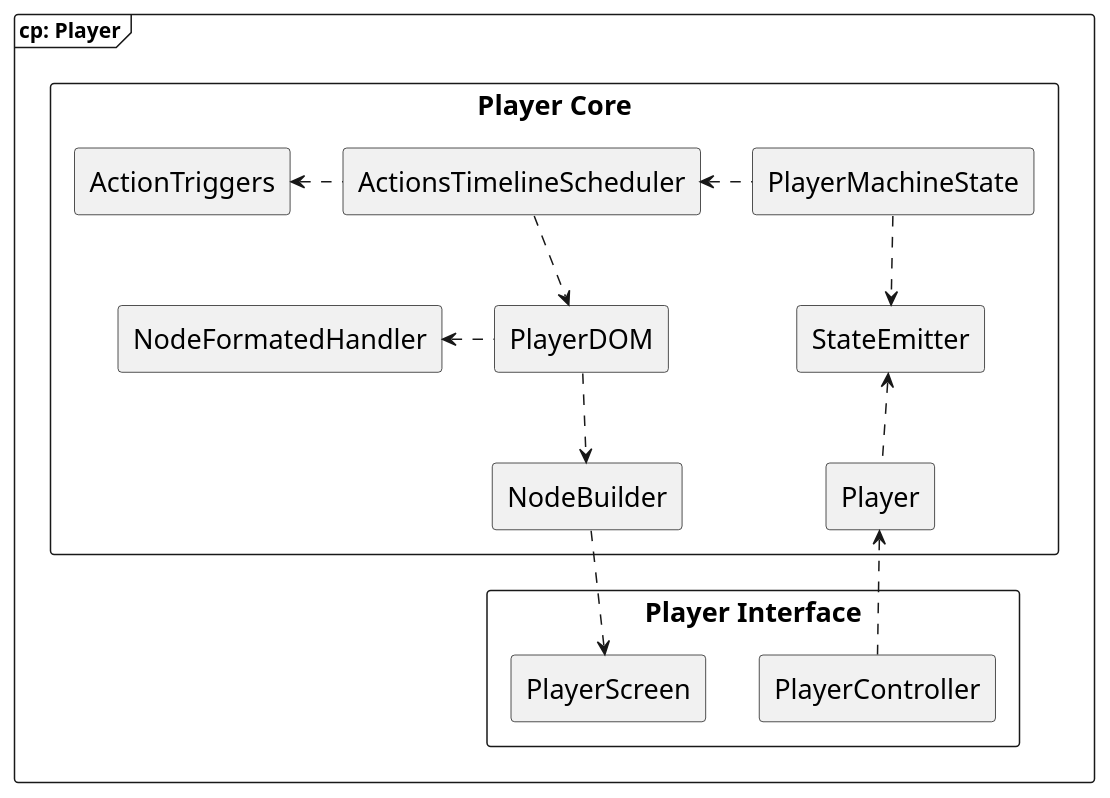
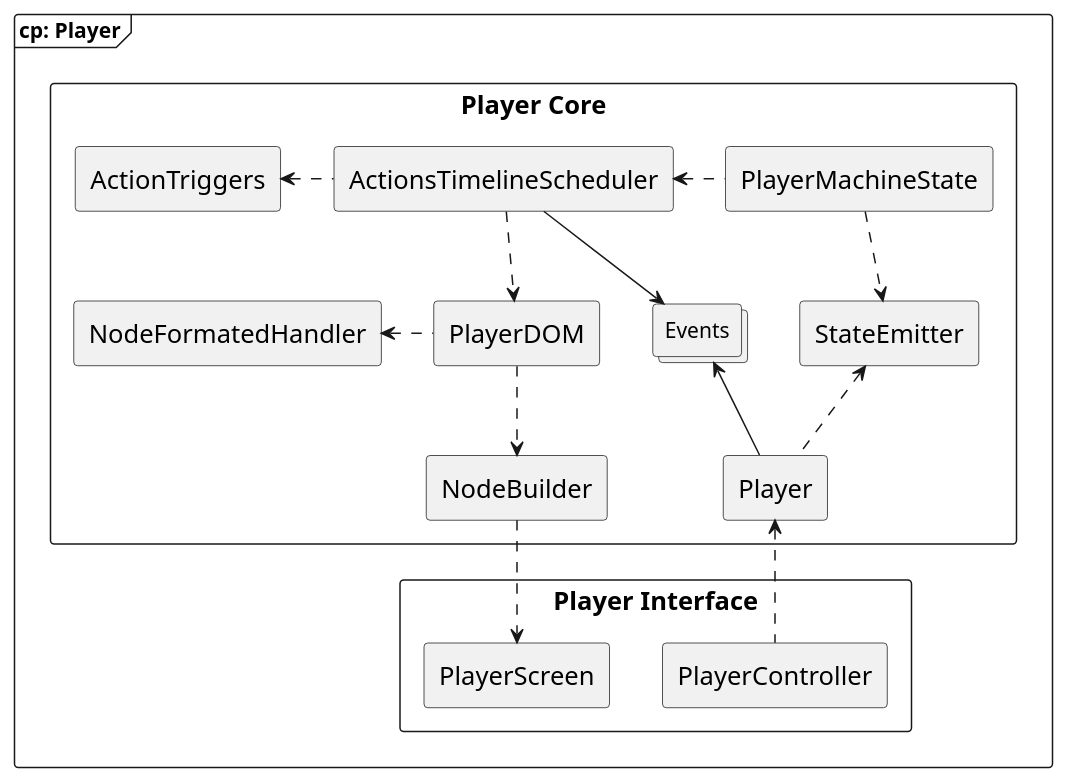
One commit to SSMM0498/arkad-conception changed the diagram in models/6.Component/2.player.puml. Above: the diagram before and after it, drawn with PlantUML. The commit also changed 2 other files, not shown here.

Commit message:
impl comp diag kast editor upd comp diag player : add events

```diff
--- a/models/6.Component/2.player.puml
+++ b/models/6.Component/2.player.puml
@@ -1,27 +1,30 @@
 @startuml "Player Component Diagram"
 skinparam shadowing false
 skinparam monochrome true
 skinparam componentStyle rectangle
 skinparam component {
-  FontSize 18
+  FontSize 17
 }
 
 frame "cp: Player" {
     component "Player Core" {
         [PlayerMachineState] .left.> [ActionsTimelineScheduler]
         [ActionsTimelineScheduler] .left.> [ActionTriggers]
         [Player] .up.> [StateEmitter]
         [StateEmitter] <.up. [PlayerMachineState]
         [ActionsTimelineScheduler] .down.> [PlayerDOM]
         [PlayerDOM] .down.> [NodeBuilder]
         [PlayerDOM] .left.> [NodeFormatedHandler]
+        collections Events
+        Player -up-> Events
+        ActionsTimelineScheduler -down-> Events
     }
 
     component "Player Interface" {
         [PlayerScreen]
         [PlayerController]
     }
     [PlayerScreen] <.up. [NodeBuilder]
     [PlayerController] .up.> [Player]
 }
 @enduml
```
